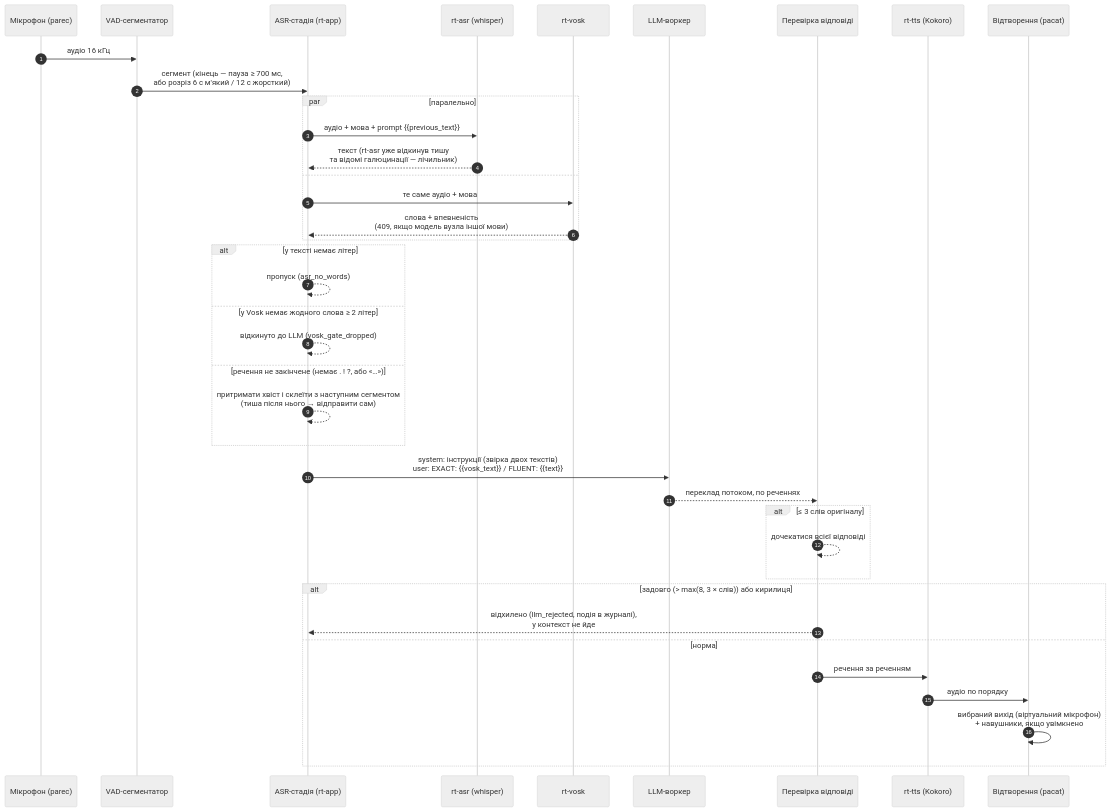
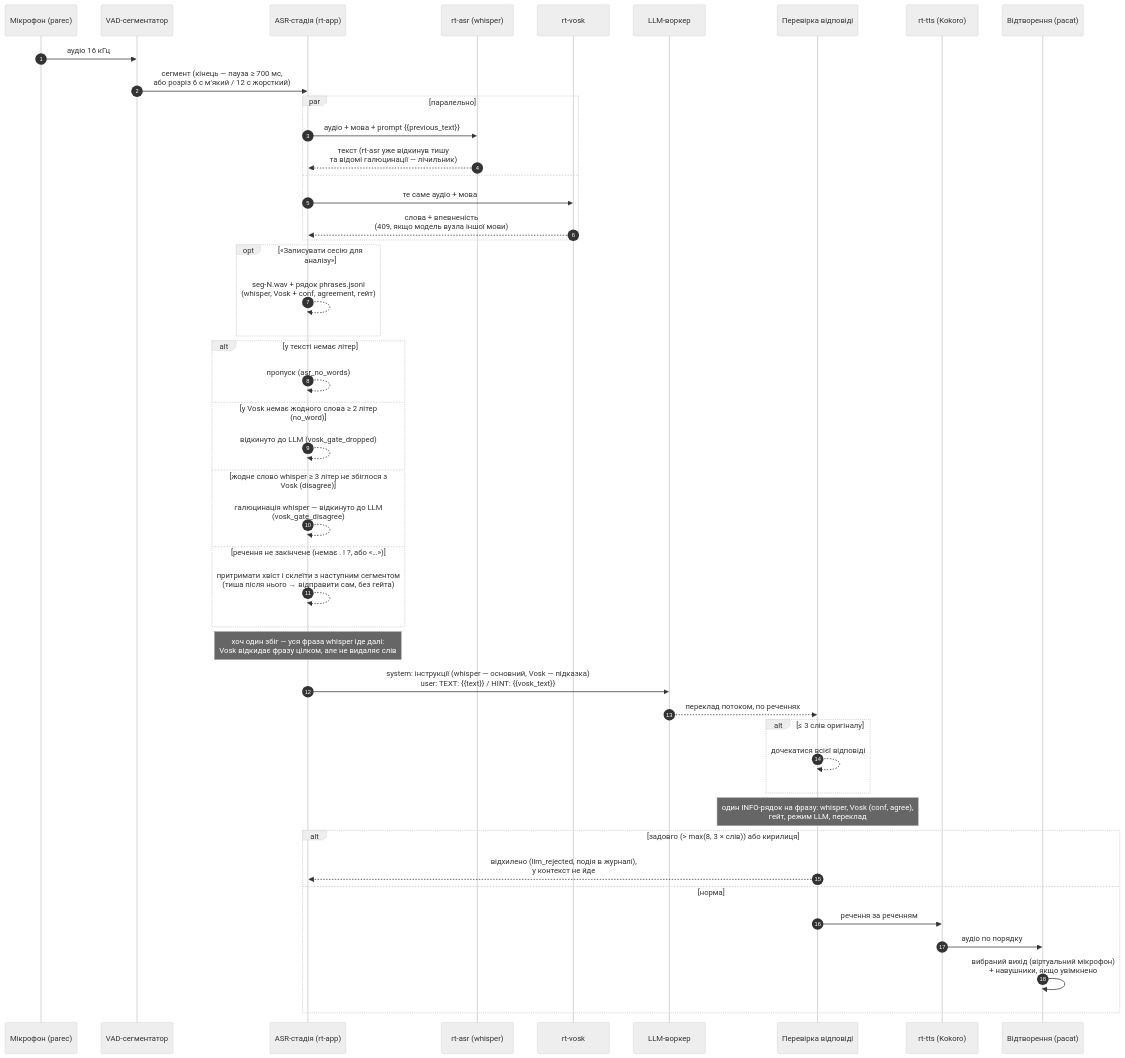
The second of 4 diagrams in docs/pipeline-diagrams.md (DohuyaMa/realtime-translation), drawn with Mermaid (neutral theme) before and after one commit. The commit also changed other lines of this file and 21 other files, not shown here.

````diff
--- a/docs/pipeline-diagrams.md
+++ b/docs/pipeline-diagrams.md
@@ -50,42 +51,49 @@
 ```mermaid
 sequenceDiagram
   autonumber
   participant M as Мікрофон (parec)
   participant S as VAD-сегментатор
   participant A as ASR-стадія (rt-app)
   participant WH as rt-asr (whisper)
   participant VK as rt-vosk
   participant L as LLM-воркер
   participant G as Перевірка відповіді
   participant T as rt-tts (Kokoro)
   participant P as Відтворення (pacat)
 
   M->>S: аудіо 16 кГц
   S->>A: сегмент (кінець — пауза ≥ 700 мс,<br/>або розріз 6 с м'який / 12 с жорсткий)
   par паралельно
     A->>WH: аудіо + мова + prompt {{previous_text}}
     WH-->>A: текст (rt-asr уже відкинув тишу<br/>та відомі галюцинації — лічильник)
   and
     A->>VK: те саме аудіо + мова
     VK-->>A: слова + впевненість<br/>(409, якщо модель вузла іншої мови)
   end
+  opt «Записувати сесію для аналізу»
+    A-->>A: seg-N.wav + рядок phrases.jsonl<br/>(whisper, Vosk + conf, agreement, гейт)
+  end
   alt у тексті немає літер
     A-->>A: пропуск (asr_no_words)
-  else у Vosk немає жодного слова ≥ 2 літер
+  else у Vosk немає жодного слова ≥ 2 літер (no_word)
     A-->>A: відкинуто до LLM (vosk_gate_dropped)
+  else жодне слово whisper ≥ 3 літер не збіглося з Vosk (disagree)
+    A-->>A: галюцинація whisper — відкинуто до LLM<br/>(vosk_gate_disagree)
   else речення не закінчене (немає . ! ?, або «…»)
-    A-->>A: притримати хвіст і склеїти з наступним сегментом<br/>(тиша після нього → відправити сам)
+    A-->>A: притримати хвіст і склеїти з наступним сегментом<br/>(тиша після нього → відправити сам, без гейта)
   end
-  A->>L: system: інструкції (звірка двох текстів)<br/>user: EXACT: {{vosk_text}} / FLUENT: {{text}}
+  Note over A: хоч один збіг — уся фраза whisper іде далі:<br/>Vosk відкидає фразу цілком, але не видаляє слів
+  A->>L: system: інструкції (whisper — основний, Vosk — підказка)<br/>user: TEXT: {{text}} / HINT: {{vosk_text}}
   L-->>G: переклад потоком, по реченнях
   alt ≤ 3 слів оригіналу
     G-->>G: дочекатися всієї відповіді
   end
+  Note over G: один INFO-рядок на фразу: whisper, Vosk (conf, agree),<br/>гейт, режим LLM, переклад
   alt задовго (> max(8, 3 × слів)) або кирилиця
     G-->>A: відхилено (llm_rejected, подія в журналі),<br/>у контекст не йде
   else норма
     G->>T: речення за реченням
     T->>P: аудіо по порядку
     P->>P: вибраний вихід (віртуальний мікрофон)<br/>+ навушники, якщо увімкнено
   end
 ```
````
